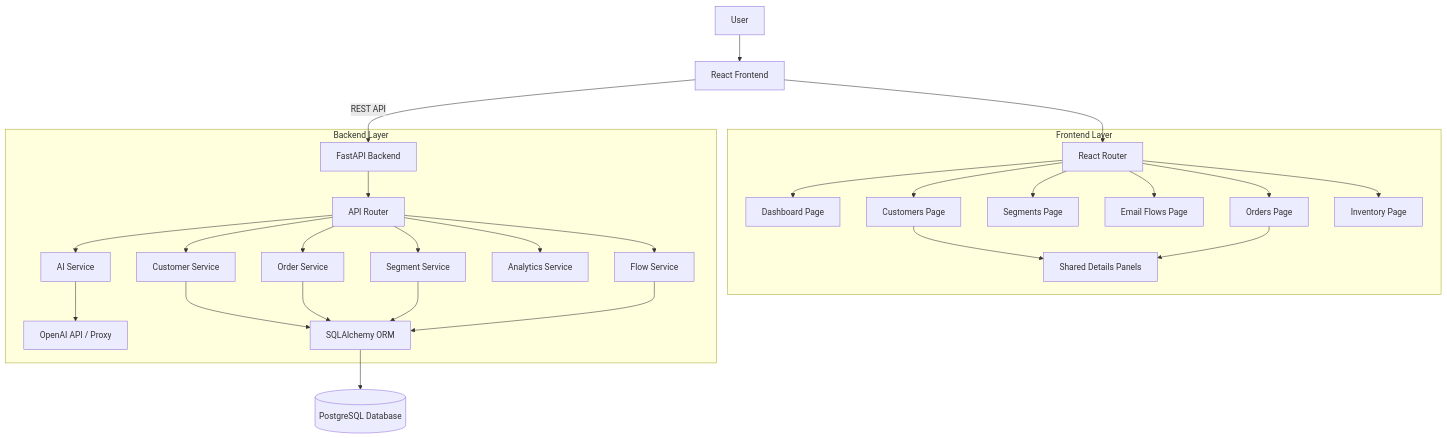
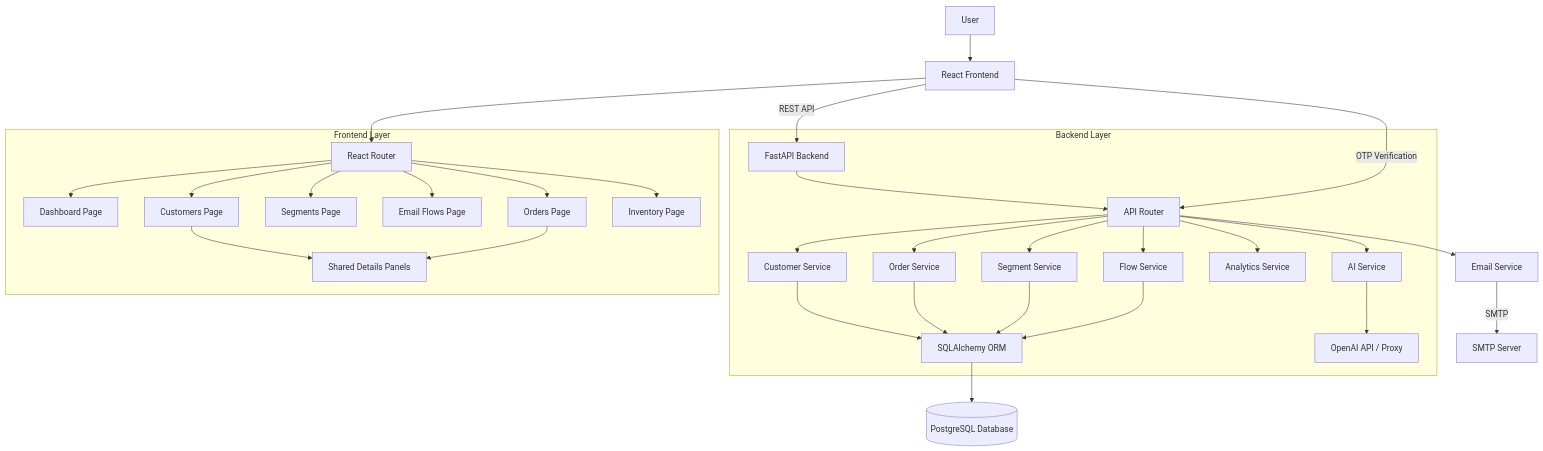
Before and after one commit to arjunsah21/hyperverge-cdp: the first of 2 diagrams in DESIGN.md, drawn with Mermaid. The commit also changed other lines of this file, not shown here.

Commit message:
docs: Update design documentation with Auth & OTP architecture

````diff
--- a/DESIGN.md
+++ b/DESIGN.md
@@ -12,34 +12,38 @@
 ```mermaid
 graph TD
     User[User] --> Frontend[React Frontend]
     Frontend --> Router[React Router]
     
     subgraph "Frontend Layer"
         Router --> Dashboard[Dashboard Page]
         Router --> Customers[Customers Page]
         Router --> Segments[Segments Page]
         Router --> Flows[Email Flows Page]
         Router --> Orders[Orders Page]
         Router --> Inventory[Inventory Page]
         
         Customers & Orders --> DetailsPanel[Shared Details Panels]
     end
     
     Frontend -->|REST API| Backend[FastAPI Backend]
     
     subgraph "Backend Layer"
         Backend --> APIRouter[API Router]
         APIRouter --> CustomerSVC[Customer Service]
         APIRouter --> OrderSVC[Order Service]
         APIRouter --> SegmentSVC[Segment Service]
         APIRouter --> FlowSVC[Flow Service]
 
         APIRouter --> AnalyticsSVC[Analytics Service]
         APIRouter --> AISVC[AI Service]
         
         AISVC --> OpenAI[OpenAI API / Proxy]
         CustomerSVC & OrderSVC & SegmentSVC & FlowSVC --> ORM[SQLAlchemy ORM]
     end
     
     ORM --> DB[(PostgreSQL Database)]
+
+    EmailService[Email Service]
+    Frontend -->|OTP Verification| APIRouter
+    APIRouter --> EmailService -->|SMTP| SMTP[SMTP Server]
 ```
````
